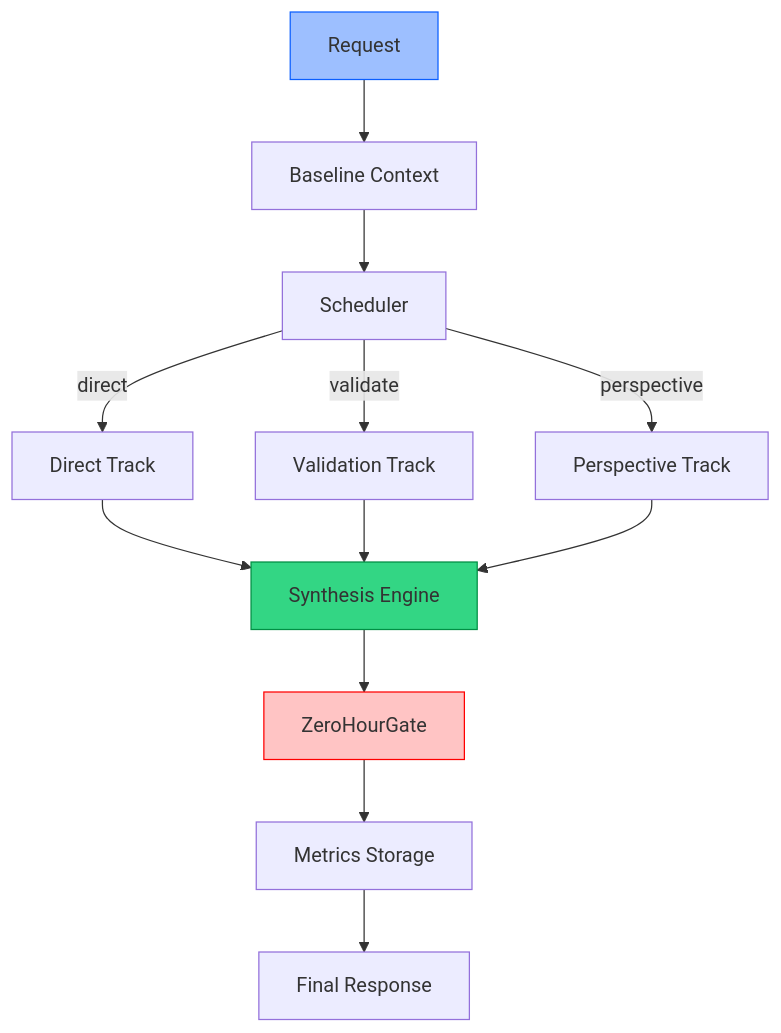
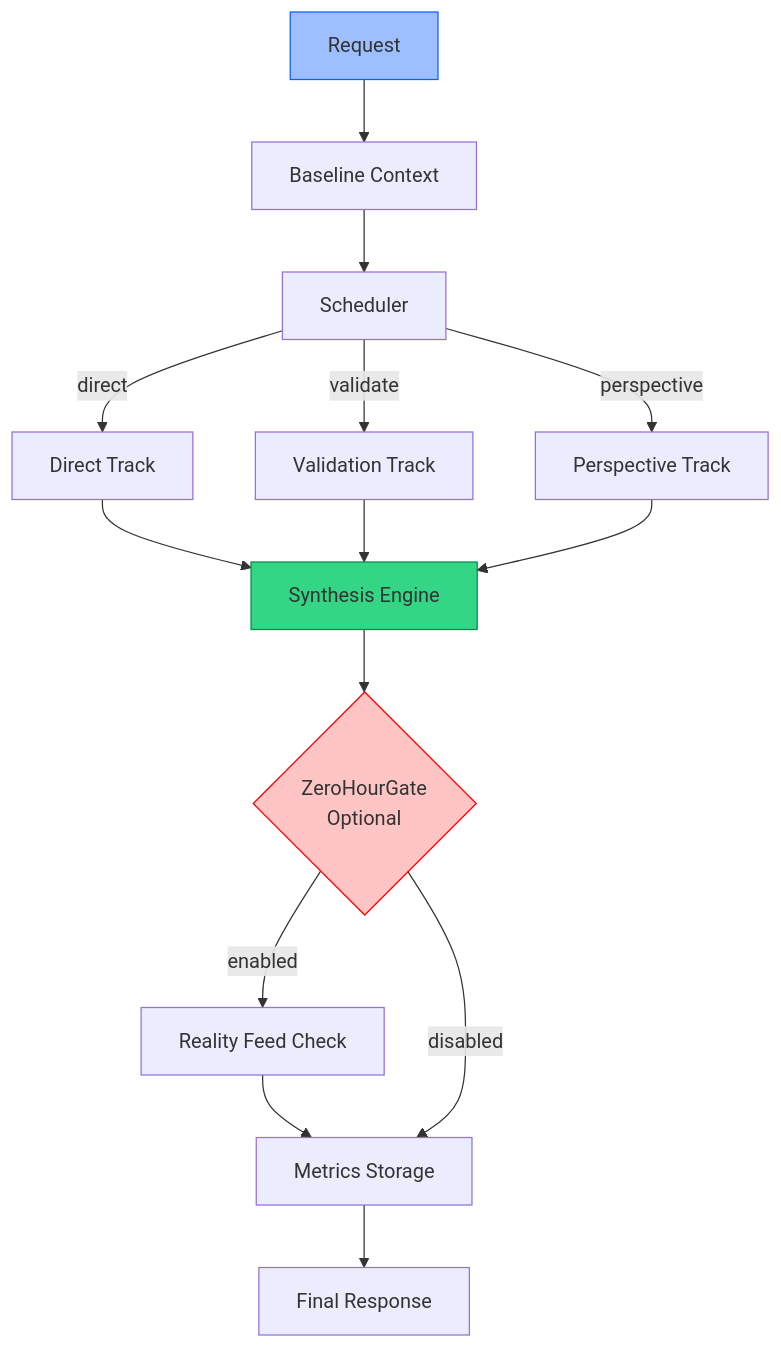
Before and after one commit to vegasninja82/Space-bound_AI: the diagram in README.md, drawn with Mermaid. The commit also changed other lines of this file, not shown here.

Commit message:
Update README with accurate implementation status: real validator, full provider adapters, optional ZeroHourGate, complete architecture

````diff
--- a/README.md
+++ b/README.md
@@ -49,17 +51,19 @@
 ```mermaid
 flowchart TD
   A[Request] --> B[Baseline Context]
   B --> C[Scheduler]
   C -->|direct| D[Direct Track]
   C -->|validate| E[Validation Track]
   C -->|perspective| F[Perspective Track]
   D --> G[Synthesis Engine]
   E --> G
   F --> G
-  G --> H[ZeroHourGate]
-  H --> I[Metrics Storage]
-  I --> J[Final Response]
+  G --> H{ZeroHourGate<br/>Optional}
+  H -->|enabled| I[Reality Feed Check]
+  I --> J[Metrics Storage]
+  H -->|disabled| J
+  J --> K[Final Response]
   style A fill:#0b5fff66,stroke:#0b5fff,stroke-width:1px
   style G fill:#00cc66cc,stroke:#008f44,stroke-width:1px
   style H fill:#ff6b6b66,stroke:#ff0000,stroke-width:1px
 ```
````
